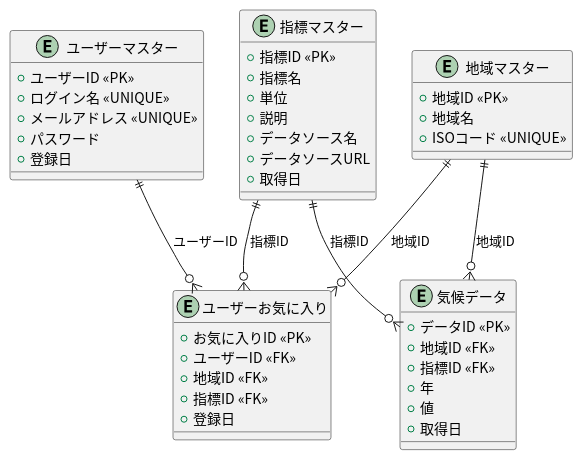
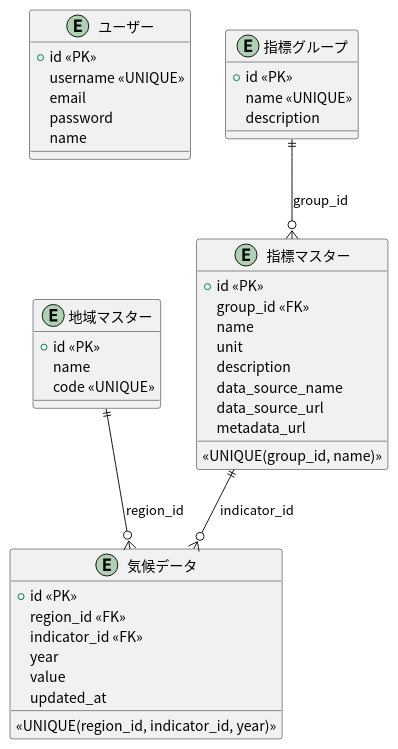
One commit to tomoki-shiozaki/climate-change-app changed the diagram in docs/er/er.pu. Above: the diagram before and after it, drawn with PlantUML. The commit also changed 1 other file, not shown here.

Commit message:
docs(ER): update ER diagram

```diff
--- a/docs/er/er.pu
+++ b/docs/er/er.pu
@@ -1,52 +1,51 @@
 @startuml er
 skinparam defaultFontName "Noto Sans CJK JP"
 
-entity "ユーザーマスター" as User {
-  +ユーザーID <<PK>>
-  +ログイン名 <<UNIQUE>>
-  +メールアドレス <<UNIQUE>>
-  +パスワード
-  +登録日
+entity "ユーザー" as User {
+  +id <<PK>>
+  username <<UNIQUE>>
+  email
+  password
+  name
 }
 
 entity "地域マスター" as Region {
-  +地域ID <<PK>>
-  +地域名
-  +ISOコード <<UNIQUE>>
+  +id <<PK>>
+  name
+  code <<UNIQUE>>
+}
+
+entity "指標グループ" as IndicatorGroup {
+  +id <<PK>>
+  name <<UNIQUE>>
+  description
 }
 
 entity "指標マスター" as Indicator {
-  +指標ID <<PK>>
-  +指標名
-  +単位
-  +説明
-  +データソース名
-  +データソースURL
-  +取得日
+  +id <<PK>>
+  group_id <<FK>>
+  name
+  unit
+  description
+  data_source_name
+  data_source_url
+  metadata_url
+  <<UNIQUE(group_id, name)>>
 }
 
 entity "気候データ" as ClimateData {
-  +データID <<PK>>
-  +地域ID <<FK>>
-  +指標ID <<FK>>
-  + 年
-  + 値
-  +取得日
+  +id <<PK>>
+  region_id <<FK>>
+  indicator_id <<FK>>
+  year
+  value
+  updated_at
+  <<UNIQUE(region_id, indicator_id, year)>>
 }
 
-entity "ユーザーお気に入り" as Favorite {
-  +お気に入りID <<PK>>
-  +ユーザーID <<FK>>
-  +地域ID <<FK>>
-  +指標ID <<FK>>
-  +登録日
-}
+IndicatorGroup ||--o{ Indicator : group_id
 
-Region ||--o{ ClimateData : 地域ID
-Indicator ||--o{ ClimateData : 指標ID
-
-User ||--o{ Favorite : ユーザーID
-Region ||--o{ Favorite : 地域ID
-Indicator ||--o{ Favorite : 指標ID
+Region ||--o{ ClimateData : region_id
+Indicator ||--o{ ClimateData : indicator_id
 
 @enduml
```
